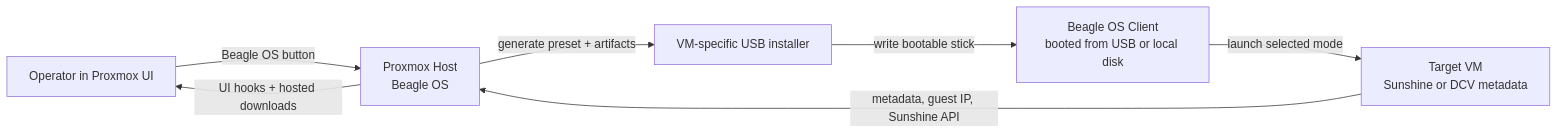
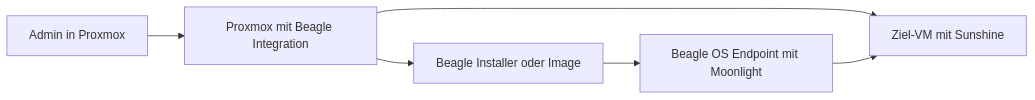
Before and after one commit to meinzeug/pve-dcv-integration: the diagram in README.md, drawn with Mermaid. The commit also changed other lines of this file and 85 other files, not shown here.

Commit message:
Build Beagle control plane and Moonlight-only endpoint stack

````diff
--- a/README.md
+++ b/README.md
@@ -58,15 +145,14 @@
 ```mermaid
 flowchart LR
-    Admin["Operator in Proxmox UI"]
-    PVE["Proxmox Host\nBeagle OS"]
-    VM["Target VM\nSunshine or DCV metadata"]
-    USB["VM-specific USB installer"]
-    Client["Beagle OS Client\nbooted from USB or local disk"]
+    Admin[Admin in Proxmox]
+    PVE[Proxmox mit Beagle Integration]
+    VM[Ziel-VM mit Sunshine]
+    Artifact[Beagle Installer oder Image]
+    Client[Beagle OS Endpoint mit Moonlight]
 
-    Admin -->|"Beagle OS button"| PVE
-    PVE -->|"generate preset + artifacts"| USB
-    USB -->|"write bootable stick"| Client
-    Client -->|"launch selected mode"| VM
-    PVE -->|"UI hooks + hosted downloads"| Admin
-    VM -->|"metadata, guest IP, Sunshine API"| PVE
+    Admin --> PVE
+    PVE --> VM
+    PVE --> Artifact
+    Artifact --> Client
+    Client --> VM
 ```
````
